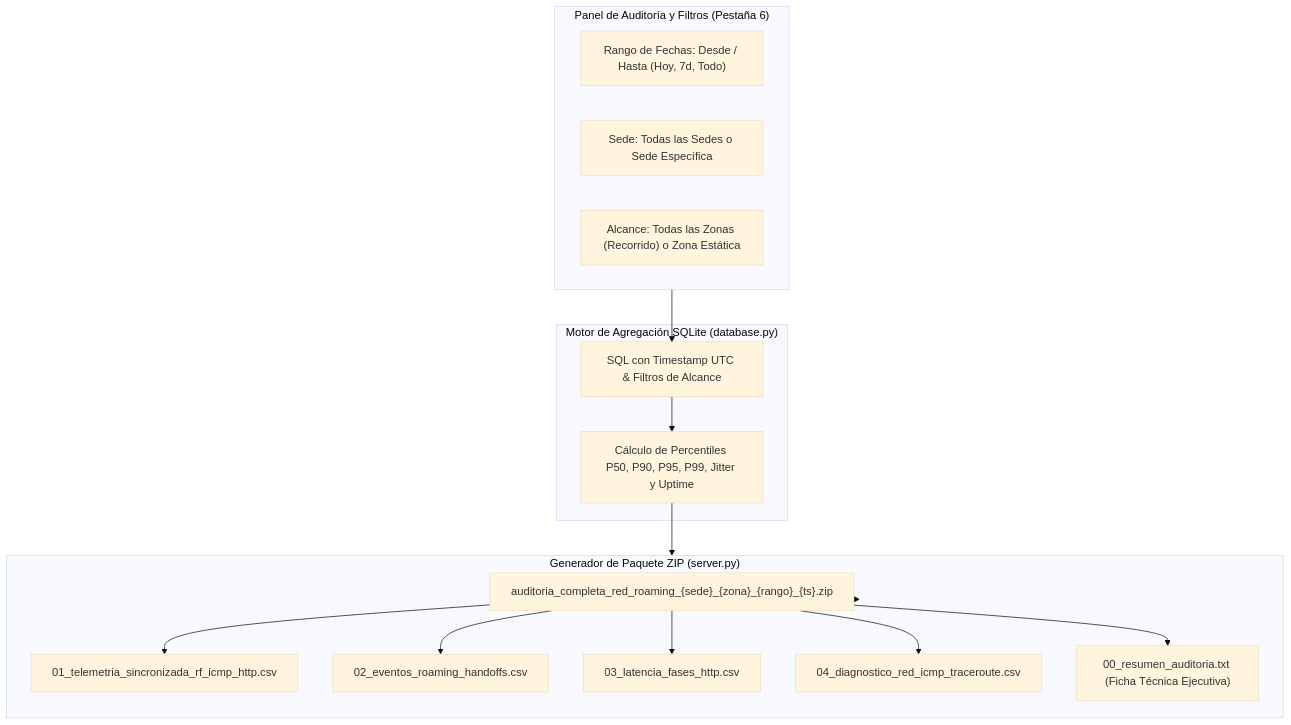
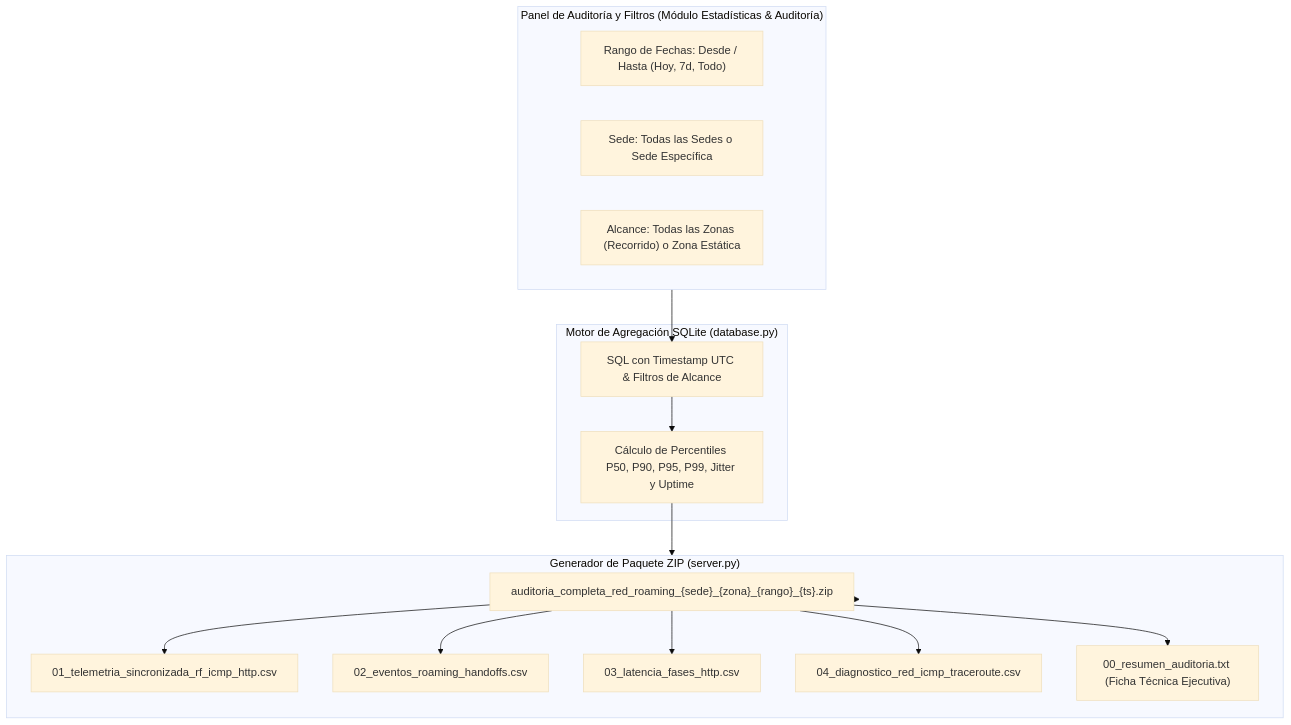
The sixth of 6 diagrams in README.md (ccelypulido/wifi-roaming-analyzer), drawn with Mermaid (base theme) before and after one commit. The commit also changed other lines of this file and 24 other files, not shown here.

````diff
--- a/README.md
+++ b/README.md
@@ -353,32 +356,32 @@
 ```mermaid
 flowchart TD
-    subgraph Filtro["Panel de Auditoría y Filtros (Pestaña 6)"]
+    subgraph Filtro["Panel de Auditoría y Filtros (Módulo Estadísticas & Auditoría)"]
         F_Dates["Rango de Fechas: Desde / Hasta (Hoy, 7d, Todo)"]
         F_Sede["Sede: Todas las Sedes o Sede Específica"]
         F_Zona["Alcance: Todas las Zonas (Recorrido) o Zona Estática"]
     end
 
     subgraph DB["Motor de Agregación SQLite (database.py)"]
         Query["SQL con Timestamp UTC & Filtros de Alcance"]
         Calc["Cálculo de Percentiles P50, P90, P95, P99, Jitter y Uptime"]
     end
 
     subgraph Export["Generador de Paquete ZIP (server.py)"]
         ZIP["auditoria_completa_red_roaming_{sede}_{zona}_{rango}_{ts}.zip"]
         CSV1["01_telemetria_sincronizada_rf_icmp_http.csv"]
         CSV2["02_eventos_roaming_handoffs.csv"]
         CSV3["03_latencia_fases_http.csv"]
         CSV4["04_diagnostico_red_icmp_traceroute.csv"]
         TXT["00_resumen_auditoria.txt (Ficha Técnica Ejecutiva)"]
     end
 
     Filtro --> Query
     Query --> Calc
     Calc --> Export
     Export --> ZIP
     ZIP --> CSV1
     ZIP --> CSV2
     ZIP --> CSV3
     ZIP --> CSV4
     ZIP --> TXT
 ```
````
